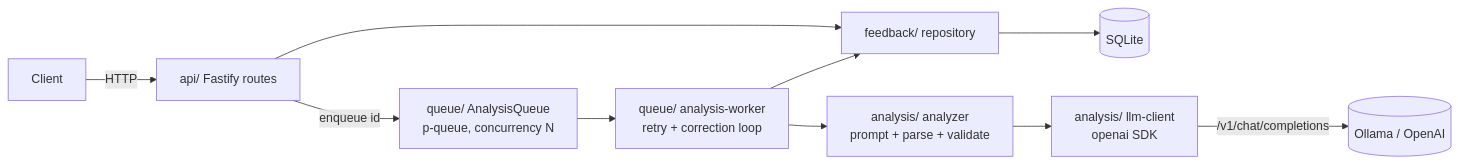
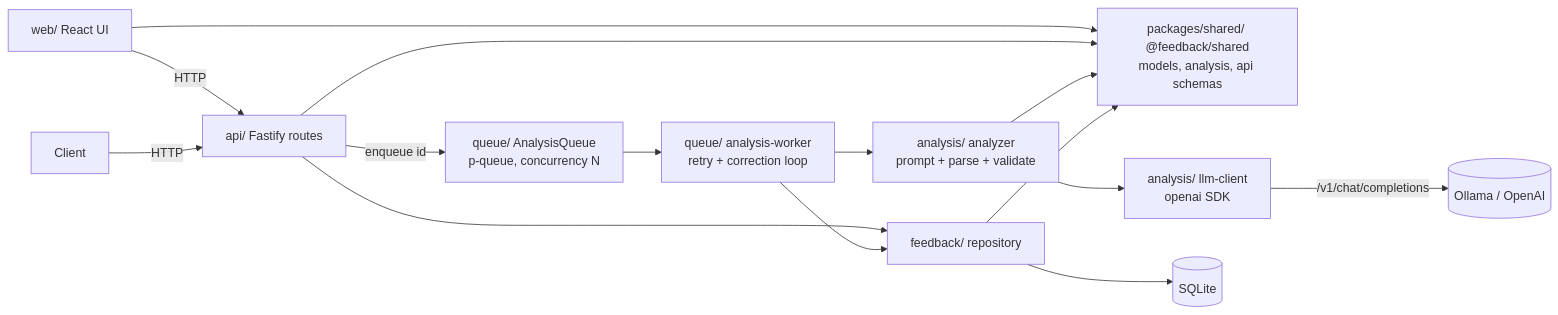
The first of 5 diagrams in docs/ARCHITECTURE.md (maormagori/fusion-home-task), drawn with Mermaid before and after one commit. The commit also changed other lines of this file and 38 other files, not shown here.

Commit message:
Move shared schemas into a workspace package

````diff
--- a/docs/ARCHITECTURE.md
+++ b/docs/ARCHITECTURE.md
@@ -21,12 +21,17 @@
 ```mermaid
 flowchart LR
+    Web[web/ React UI] -->|HTTP| API
+    Web --> Shared[packages/shared/ @feedback/shared<br/>models, analysis, api schemas]
+    API --> Shared
+    Analyzer --> Shared
+    Repo --> Shared
     Client -->|HTTP| API[api/ Fastify routes]
     API --> Repo[feedback/ repository]
     API -->|enqueue id| Queue[queue/ AnalysisQueue<br/>p-queue, concurrency N]
     Queue --> Worker[queue/ analysis-worker<br/>retry + correction loop]
     Worker --> Repo
     Worker --> Analyzer[analysis/ analyzer<br/>prompt + parse + validate]
     Analyzer --> LLM[analysis/ llm-client<br/>openai SDK]
     LLM -->|/v1/chat/completions| Ollama[(Ollama / OpenAI)]
     Repo --> DB[(SQLite)]
 ```
````
